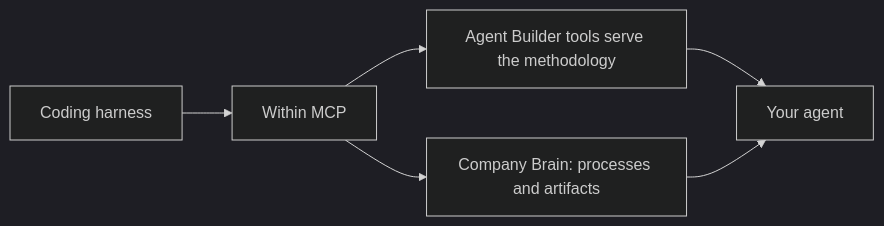
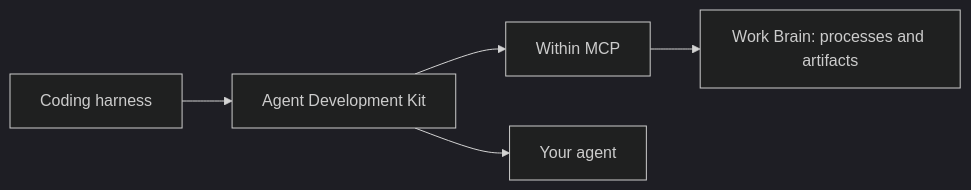
The diagram in docs/transformation/technical-track.mdx (Within-AI/within-mcp), drawn with Mermaid (dark theme) before and after one commit. The commit also changed other lines of this file and 10 other files, not shown here.

First line of the commit message:
docs: introduce the Agent Development Kit

````diff
--- a/docs/transformation/technical-track.mdx
+++ b/docs/transformation/technical-track.mdx
@@ -21,8 +21,7 @@
 ```mermaid
 flowchart LR
-  H[Coding harness] --> M[Within MCP]
-  M --> A[Agent Builder tools serve the methodology]
-  M --> C[Company Brain: processes and artifacts]
-  A --> B[Your agent]
-  C --> B
+  H[Coding harness] --> K[Agent Development Kit]
+  K --> M[Within MCP]
+  M --> C[Work Brain: processes and artifacts]
+  K --> B[Your agent]
 ```
````
